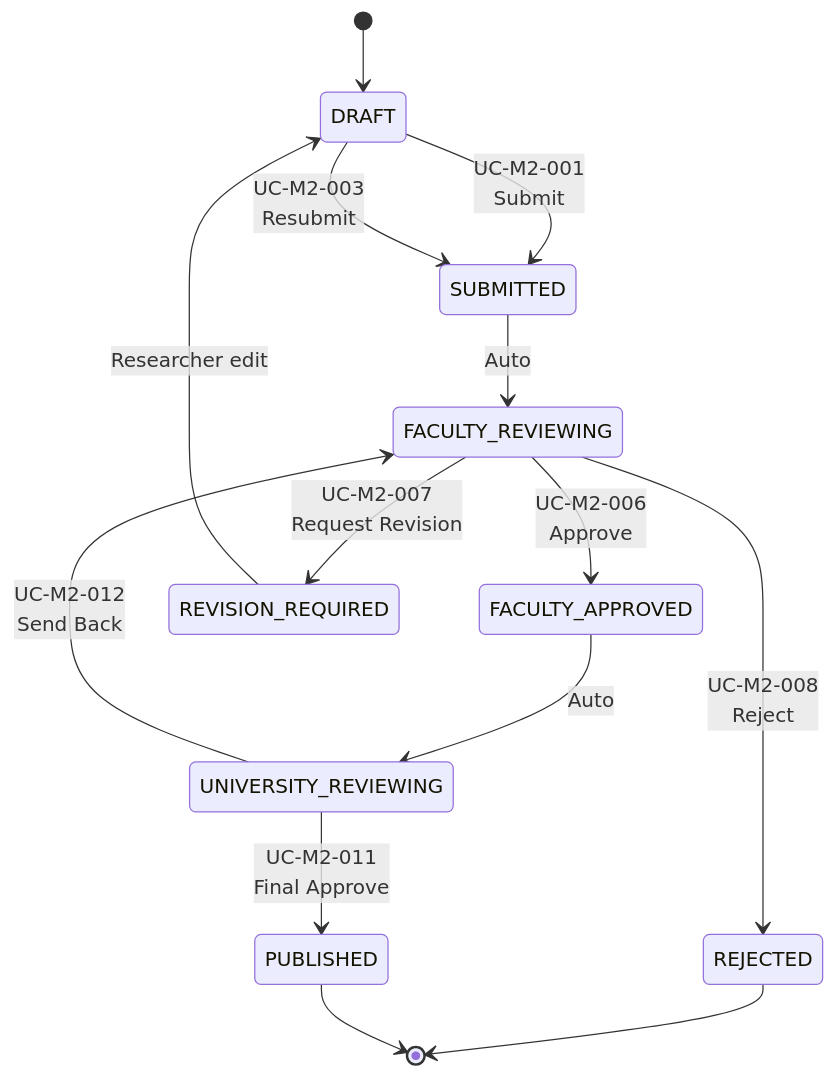
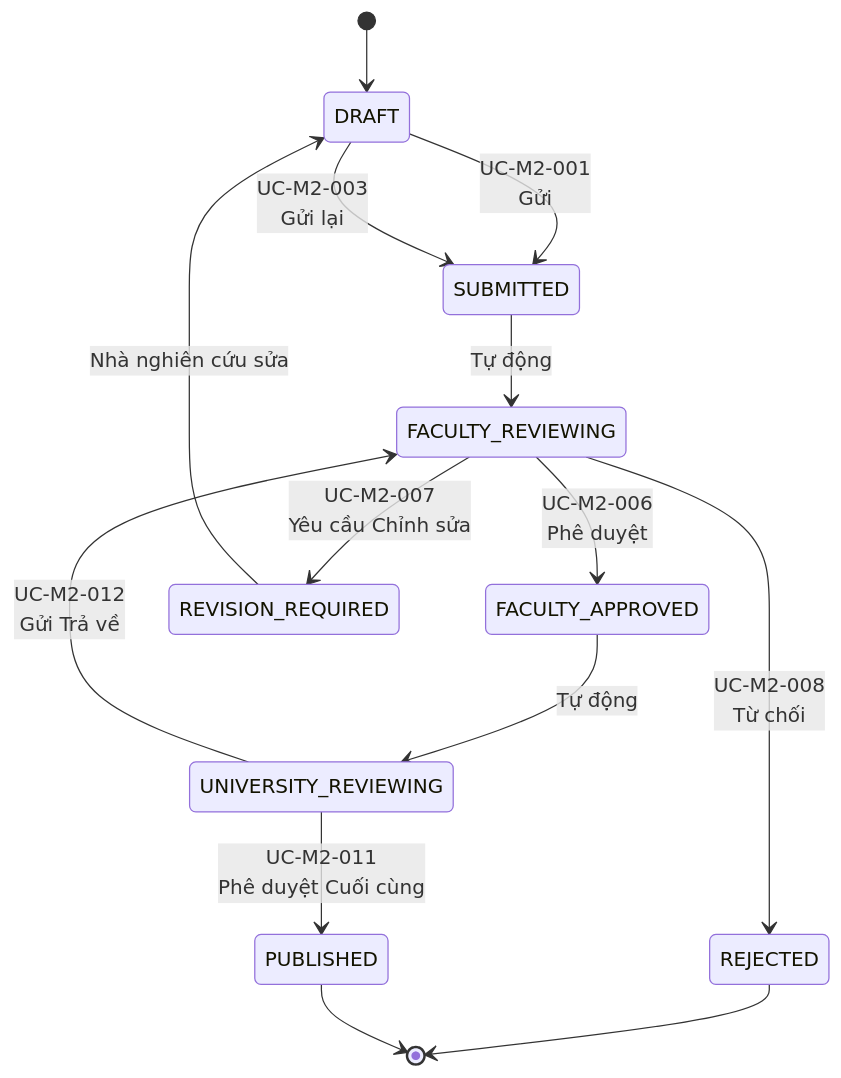
Before and after one commit to Ng0cTh4nhk5/ufpms-docs: the second of 2 diagrams in docs/06_Diagrams/UseCase/module_02_approval.md, drawn with Mermaid. The commit also changed other lines of this file and 70 other files, not shown here.

````diff
--- a/docs/06_Diagrams/UseCase/module_02_approval.md
+++ b/docs/06_Diagrams/UseCase/module_02_approval.md
@@ -385,16 +385,16 @@
 ```mermaid
 stateDiagram-v2
     [*] --> DRAFT
-    DRAFT --> SUBMITTED: UC-M2-001<br/>Submit
-    SUBMITTED --> FACULTY_REVIEWING: Auto
-    FACULTY_REVIEWING --> FACULTY_APPROVED: UC-M2-006<br/>Approve
-    FACULTY_REVIEWING --> REVISION_REQUIRED: UC-M2-007<br/>Request Revision
-    FACULTY_REVIEWING --> REJECTED: UC-M2-008<br/>Reject
-    REVISION_REQUIRED --> DRAFT: Researcher edit
-    DRAFT --> SUBMITTED: UC-M2-003<br/>Resubmit
-    FACULTY_APPROVED --> UNIVERSITY_REVIEWING: Auto
-    UNIVERSITY_REVIEWING --> PUBLISHED: UC-M2-011<br/>Final Approve
-    UNIVERSITY_REVIEWING --> FACULTY_REVIEWING: UC-M2-012<br/>Send Back
+    DRAFT --> SUBMITTED: UC-M2-001<br/>Gửi
+    SUBMITTED --> FACULTY_REVIEWING: Tự động
+    FACULTY_REVIEWING --> FACULTY_APPROVED: UC-M2-006<br/>Phê duyệt
+    FACULTY_REVIEWING --> REVISION_REQUIRED: UC-M2-007<br/>Yêu cầu Chỉnh sửa
+    FACULTY_REVIEWING --> REJECTED: UC-M2-008<br/>Từ chối
+    REVISION_REQUIRED --> DRAFT: Nhà nghiên cứu sửa
+    DRAFT --> SUBMITTED: UC-M2-003<br/>Gửi lại
+    FACULTY_APPROVED --> UNIVERSITY_REVIEWING: Tự động
+    UNIVERSITY_REVIEWING --> PUBLISHED: UC-M2-011<br/>Phê duyệt Cuối cùng
+    UNIVERSITY_REVIEWING --> FACULTY_REVIEWING: UC-M2-012<br/>Gửi Trả về
     REJECTED --> [*]
     PUBLISHED --> [*]
 ```
````
